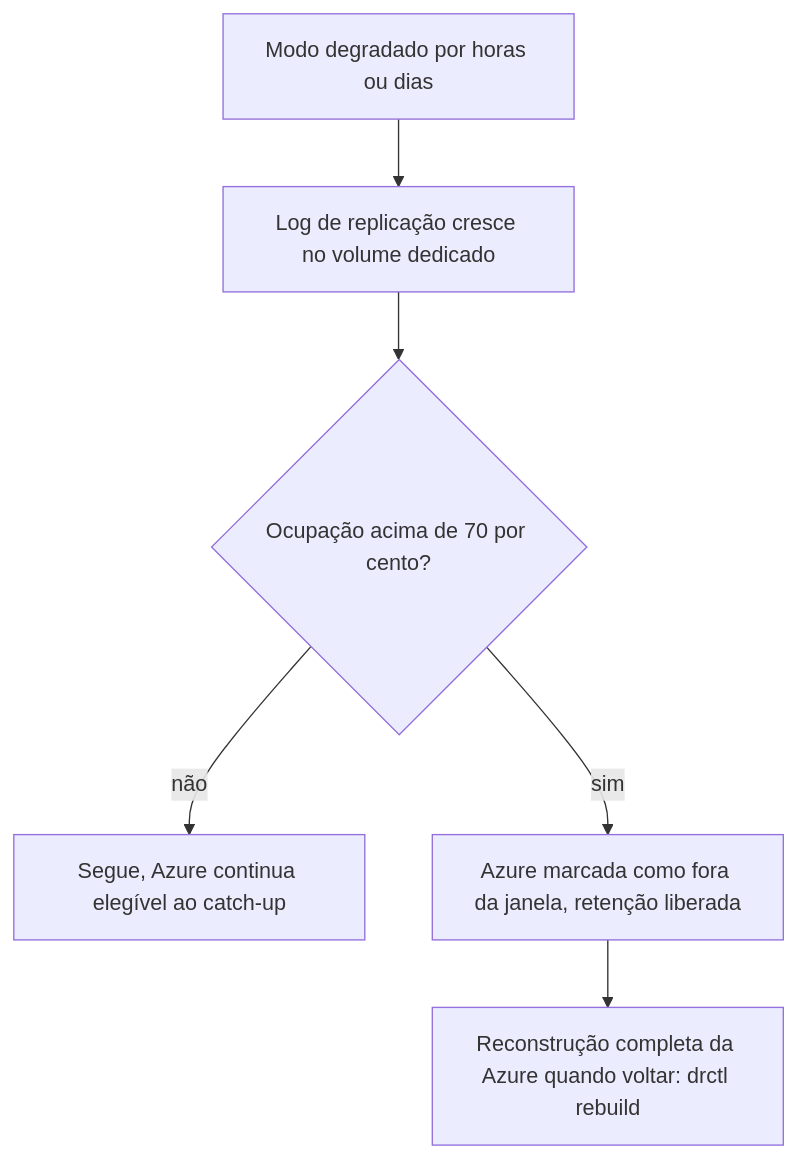
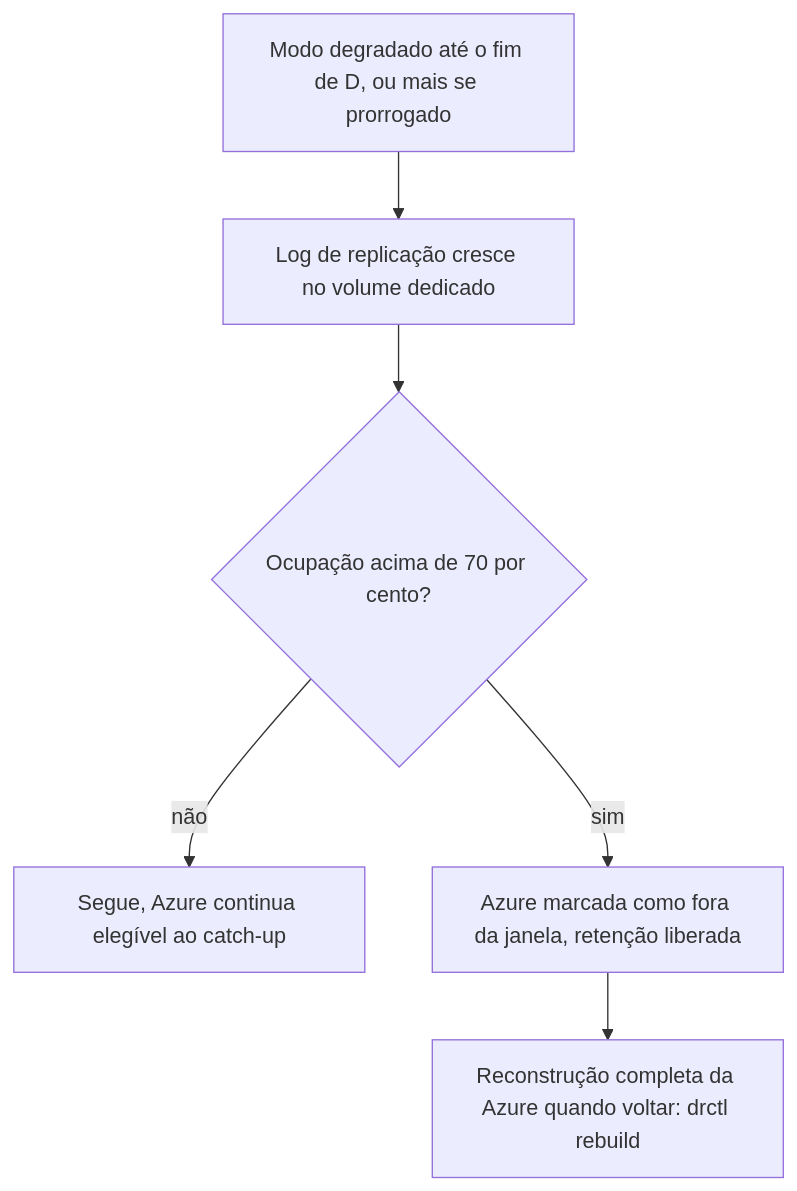
The diagram in 02_cenarios/atualizados/C29-disco-do-log-em-degradacao-longa.md (brbarmex/k), drawn with Mermaid before and after one commit. The commit also changed other lines of this file and 139 other files, not shown here.

````diff
--- a/02_cenarios/atualizados/C29-disco-do-log-em-degradacao-longa.md
+++ b/02_cenarios/atualizados/C29-disco-do-log-em-degradacao-longa.md
@@ -15,8 +17,8 @@
 ```mermaid
 flowchart TD
-    A["Modo degradado por horas ou dias"] --> B["Log de replicação cresce no volume dedicado"]
+    A["Modo degradado até o fim de D, ou mais se prorrogado"] --> B["Log de replicação cresce no volume dedicado"]
     B --> C{"Ocupação acima de 70 por cento?"}
     C -->|"não"| D["Segue, Azure continua elegível ao catch-up"]
     C -->|"sim"| E["Azure marcada como fora da janela, retenção liberada"]
     E --> F["Reconstrução completa da Azure quando voltar: drctl rebuild"]
 ```
````
